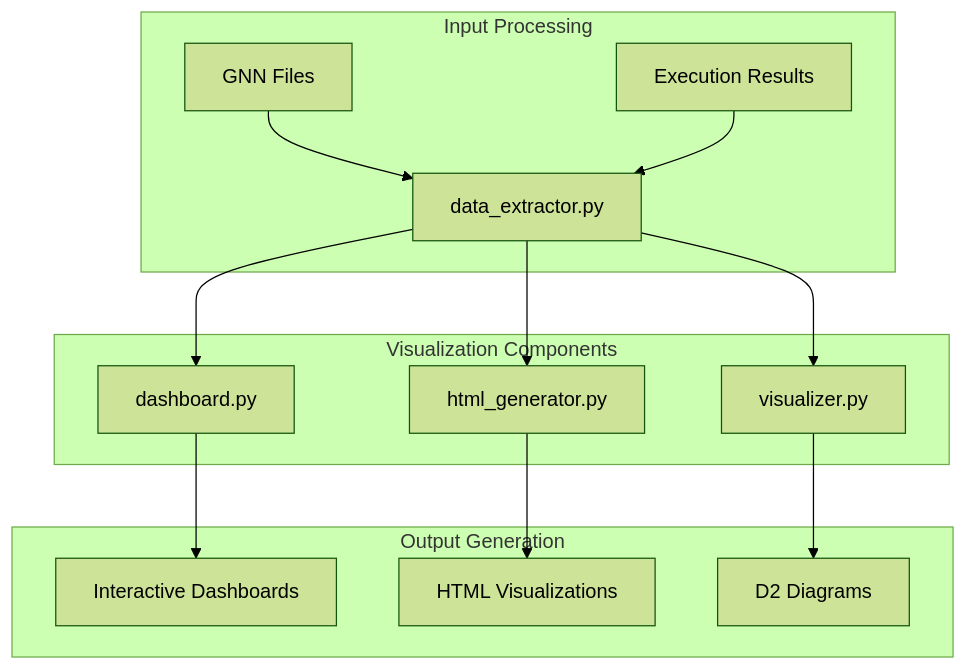
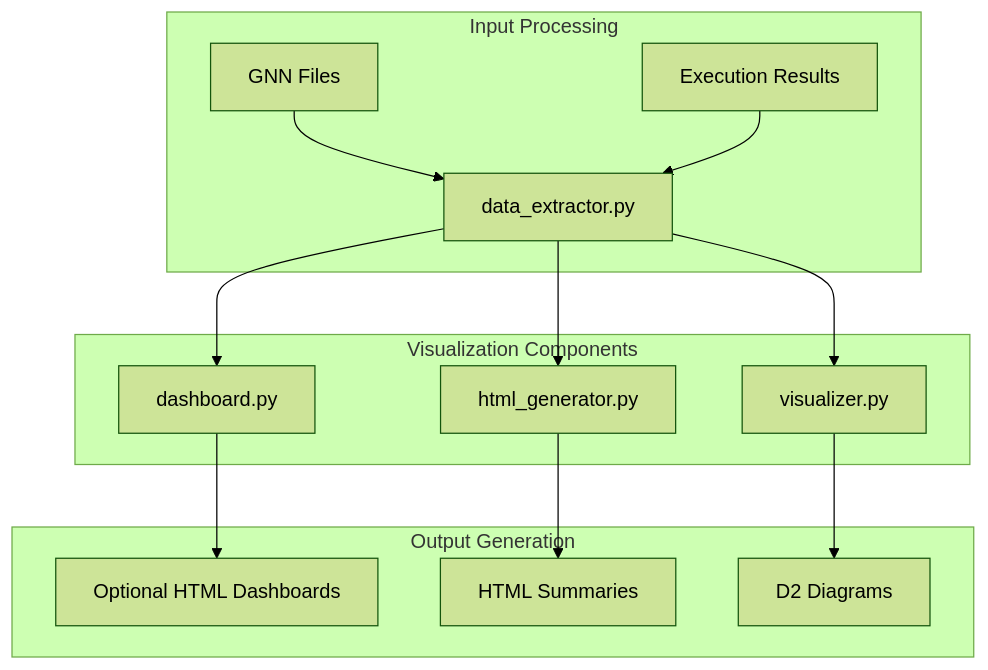
One commit to ActiveInferenceInstitute/GeneralizedNotationNotation changed the first of 3 diagrams in src/advanced_visualization/README.md. Above: the diagram before and after it, drawn with Mermaid (forest theme). The commit also changed other lines of this file and 13 other files, not shown here.

Commit message:
docs: refresh roadmap and harden autonomy planning

````diff
--- a/src/advanced_visualization/README.md
+++ b/src/advanced_visualization/README.md
@@ -24,31 +24,31 @@
 ```mermaid
 graph TB
     subgraph "Input Processing"
         GNNFiles[GNN Files]
         ExecResults[Execution Results]
         DataExtractor[data_extractor.py]
     end
     
     subgraph "Visualization Components"
         DashboardGen[dashboard.py]
         HTMLGen[html_generator.py]
         Visualizer[visualizer.py]
     end
     
     subgraph "Output Generation"
-        Dashboards[Interactive Dashboards]
-        HTMLViz[HTML Visualizations]
+        Dashboards[Optional HTML Dashboards]
+        HTMLViz[HTML Summaries]
         D2Diagrams[D2 Diagrams]
     end
     
     GNNFiles --> DataExtractor
     ExecResults --> DataExtractor
     
     DataExtractor --> DashboardGen
     DataExtractor --> HTMLGen
     DataExtractor --> Visualizer
     
     DashboardGen --> Dashboards
     HTMLGen --> HTMLViz
     Visualizer --> D2Diagrams
 ```
````
